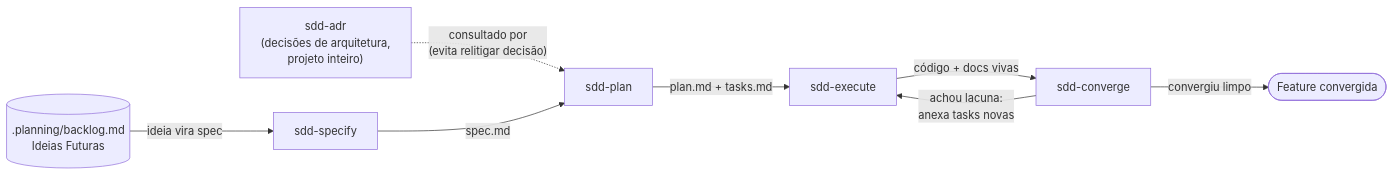
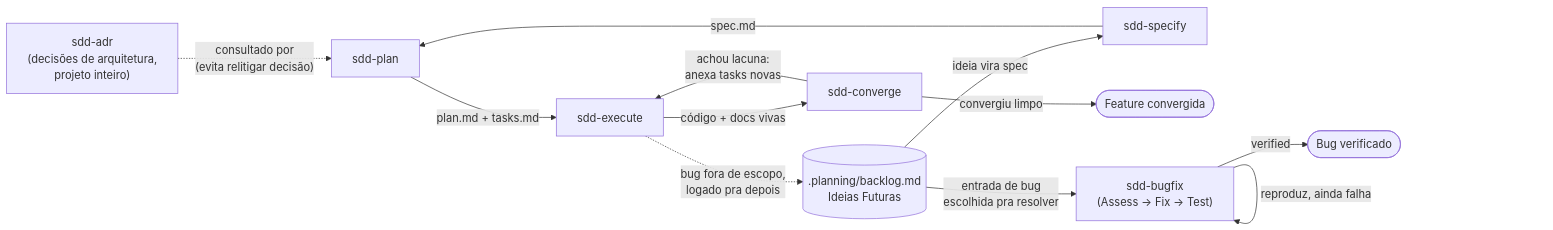
The first of 7 diagrams in .planning/README.md (johnosd/NeoReader), drawn with Mermaid before and after one commit. The commit also changed other lines of this file and 12 other files, not shown here.

First line of the commit message:
refactor: move adr/ e bugs/ do sdd para a raiz do repo, fora de .planning/

````diff
--- a/.planning/README.md
+++ b/.planning/README.md
@@ -50,18 +59,24 @@
 ```mermaid
 flowchart LR
     ADR["sdd-adr\n(decisões de arquitetura,\nprojeto inteiro)"]
     BACKLOG[(".planning/backlog.md\nIdeias Futuras")]
     SPEC["sdd-specify"]
     PLAN["sdd-plan"]
     EXEC["sdd-execute"]
     CONV["sdd-converge"]
     DONE(["Feature convergida"])
+    BUGFIX["sdd-bugfix\n(Assess → Fix → Test)"]
+    BUGDONE(["Bug verificado"])
 
     ADR -. "consultado por\n(evita relitigar decisão)" .-> PLAN
     BACKLOG -->|"ideia vira spec"| SPEC
     SPEC -->|spec.md| PLAN
     PLAN -->|"plan.md + tasks.md"| EXEC
     EXEC -->|"código + docs vivas"| CONV
     CONV -->|"achou lacuna:\nanexa tasks novas"| EXEC
     CONV -->|"convergiu limpo"| DONE
+    EXEC -. "bug fora de escopo,\nlogado pra depois" .-> BACKLOG
+    BACKLOG -->|"entrada de bug\nescolhida pra resolver"| BUGFIX
+    BUGFIX -->|"reproduz, ainda falha"| BUGFIX
+    BUGFIX -->|verified| BUGDONE
 ```
````
